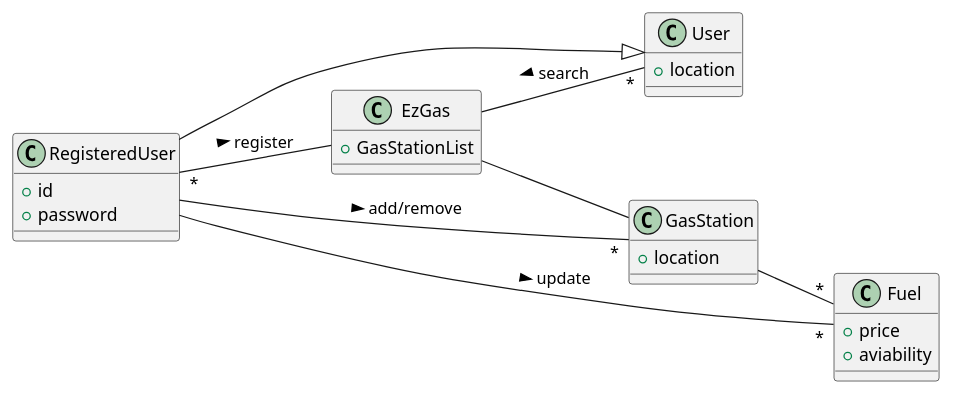
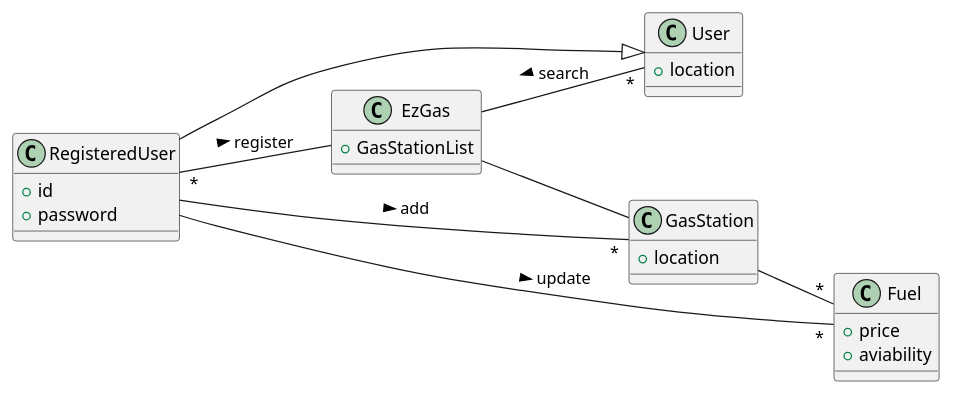
Before and after one commit to MattiaRiola/ezgas: the third of 5 diagrams in docs/RequirementsDocument.md, drawn with PlantUML.

Commit message:
fix: in the glossary section about FR5

````diff
--- a/docs/RequirementsDocument.md
+++ b/docs/RequirementsDocument.md
@@ -310,30 +310,30 @@
 ```plantuml
 @startuml
 left to right direction
 Class User {
 	+ location
 }
 Class RegisteredUser {
 	+ id
 	+ password
 }
 Class EzGas {
 	+ GasStationList
 }
 Class GasStation{
 	+ location
 }
 Class Fuel{
 	+ price
 	+ aviability
 }
 GasStation -- "*" Fuel
 RegisteredUser -|> User
 EzGas -- "*" User : search <
 EzGas -- GasStation
-RegisteredUser -- "*" GasStation : add/remove >
+RegisteredUser -- "*" GasStation : add >
 RegisteredUser -- "*" Fuel : update >
 RegisteredUser "*" -- EzGas : register >
 @enduml
 
 ```
````
